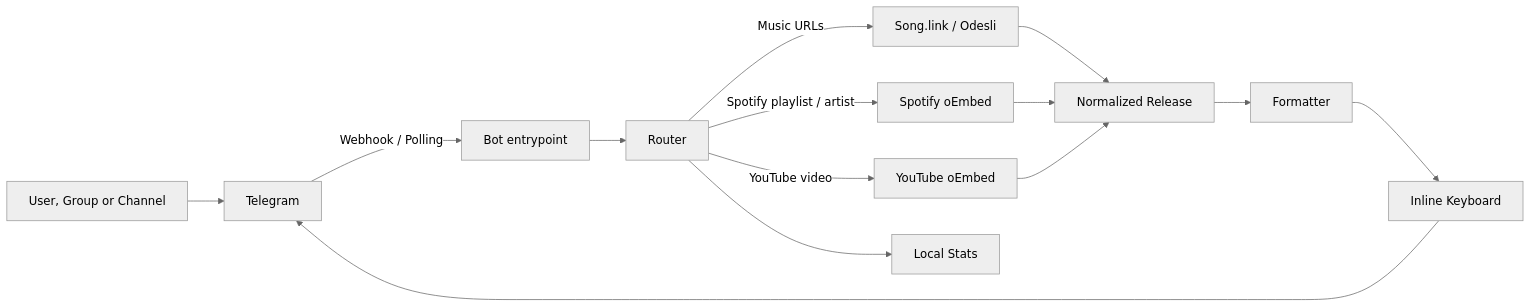
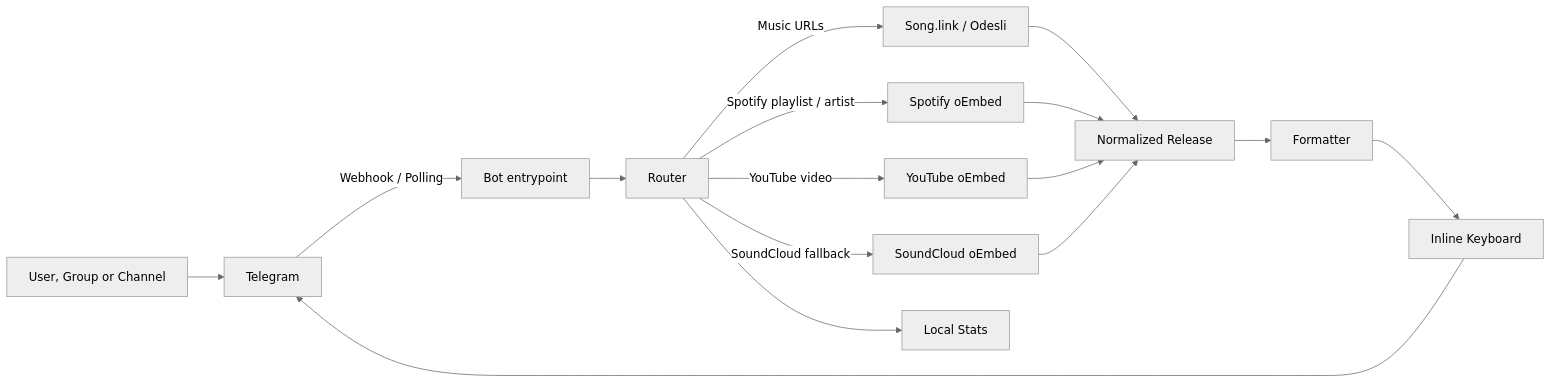
One commit to StonerHand/stonerhand-soundlinks-bot changed the diagram in README.md. Above: the diagram before and after it, drawn with Mermaid (neutral theme). The commit also changed other lines of this file and 9 other files, not shown here.

Commit message:
Add SoundCloud link support

````diff
--- a/README.md
+++ b/README.md
@@ -157,16 +157,18 @@
 ```mermaid
 flowchart LR
     U["User, Group or Channel"] --> T["Telegram"]
     T -->|"Webhook / Polling"| H["Bot entrypoint"]
     H --> R["Router"]
     R -->|"Music URLs"| S["Song.link / Odesli"]
     R -->|"Spotify playlist / artist"| O1["Spotify oEmbed"]
     R -->|"YouTube video"| O2["YouTube oEmbed"]
+    R -->|"SoundCloud fallback"| O3["SoundCloud oEmbed"]
     S --> N["Normalized Release"]
     O1 --> N
     O2 --> N
+    O3 --> N
     N --> F["Formatter"]
     F --> K["Inline Keyboard"]
     K --> T
     R --> ST["Local Stats"]
 ```
````
